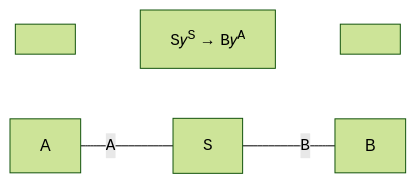
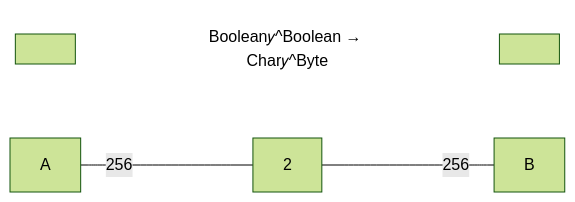
Before and after one commit to julianpeeters/polynomial: the third of 4 diagrams in README.md, drawn with Mermaid (forest theme). The commit also changed other lines of this file and 2 other files, not shown here.

Commit message:
Update README for github mermaid rendering

````diff
--- a/README.md
+++ b/README.md
@@ -128,6 +129,9 @@
 ```mermaid
 graph LR;
-  TitleStart[ ]:::hidden~~~TitleBody[<span style="font-family:Courier">S</span>𝑦<sup><span style="font-family:Courier">S</span></sup> → <span style="font-family:Courier">B</span>𝑦<sup><span style="font-family:Courier">A</span></sup>]:::title~~~TitleEnd[ ]:::hidden
-  A:::hidden---|<span style="font-family:Courier">A</span>|S[<span style="font-family:Courier">S</span>]---|<span style="font-family:Courier">B</span>|B:::hidden;
+  TitleStart[ ]:::hidden~~~TitleBody[Boolean𝑦^Boolean → Char𝑦^Byte]:::title~~~TitleEnd[ ]:::hidden
+  A:::hidden---|256|S[2]---|256|B:::hidden;
 
+classDef empty fill:background;
+classDef point width:0px, height:0px;
+classDef title stroke-width:0px, fill:background;
 ```
````
